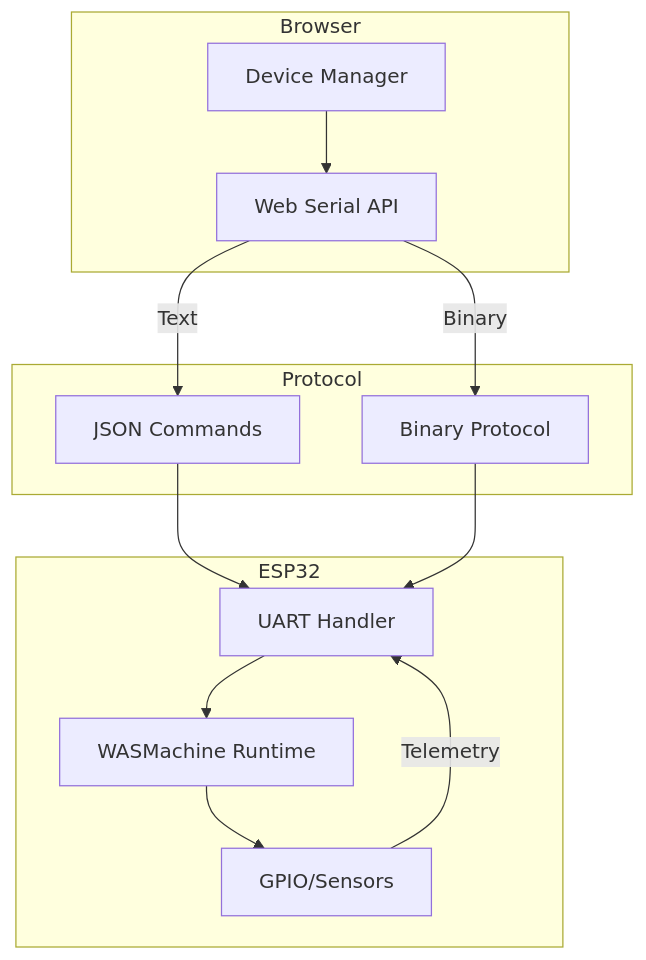
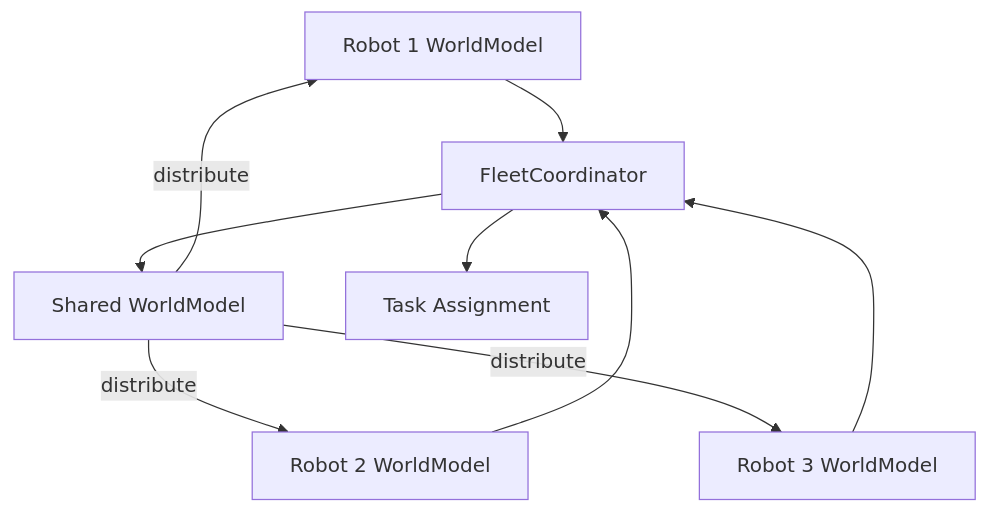
Before and after one commit to EvolvingAgentsLabs/llmos: the fifth of 5 diagrams in docs/architecture/ARCHITECTURE.md, drawn with Mermaid. The commit also changed other lines of this file and 20 other files, not shown here.

````diff
--- a/docs/architecture/ARCHITECTURE.md
+++ b/docs/architecture/ARCHITECTURE.md
@@ -583,29 +337,11 @@
 ```mermaid
 graph TB
-    subgraph "Browser"
-        DM[Device Manager]
-        WS[Web Serial API]
-    end
-
-    subgraph "Protocol"
-        JSON[JSON Commands]
-        BIN[Binary Protocol]
-    end
-
-    subgraph "ESP32"
-        UART[UART Handler]
-        WM[WASMachine Runtime]
-        GPIO[GPIO/Sensors]
-    end
-
-    DM --> WS
-    WS --> |Text| JSON
-    WS --> |Binary| BIN
-
-    JSON --> UART
-    BIN --> UART
-
-    UART --> WM
-    WM --> GPIO
-    GPIO --> |Telemetry| UART
+    R1[Robot 1 WorldModel] --> FC[FleetCoordinator]
+    R2[Robot 2 WorldModel] --> FC
+    R3[Robot 3 WorldModel] --> FC
+    FC --> SM[Shared WorldModel]
+    FC --> TA[Task Assignment]
+    SM --> |distribute| R1
+    SM --> |distribute| R2
+    SM --> |distribute| R3
 ```
````
